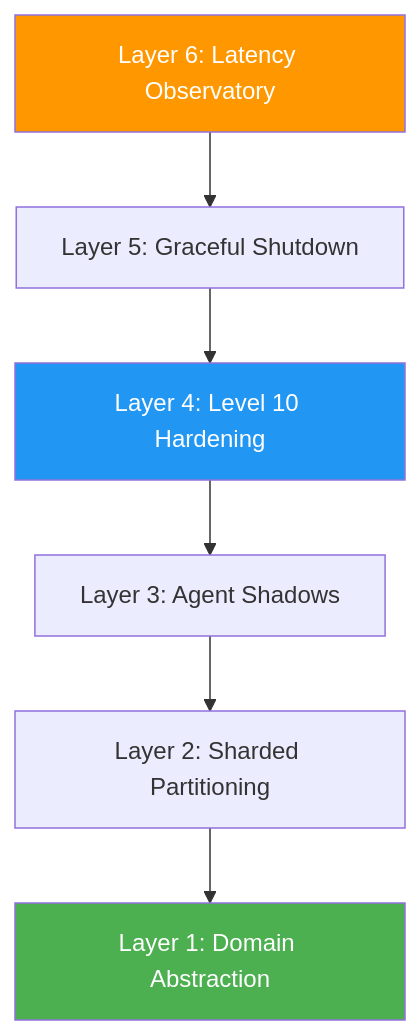
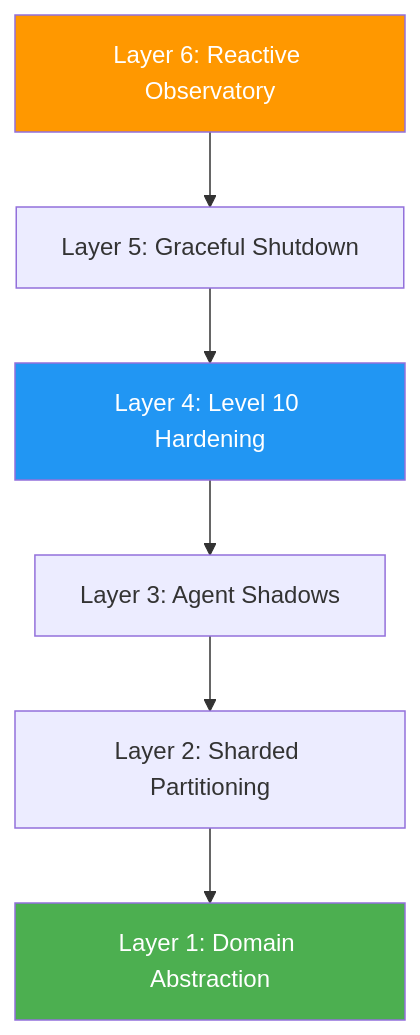
The diagram in BEST_PRACTICES.md (CardSorting/BroccoliQ), drawn with Mermaid before and after one commit. The commit also changed other lines of this file and 12 other files, not shown here.

````diff
--- a/BEST_PRACTICES.md
+++ b/BEST_PRACTICES.md
@@ -10,12 +11,12 @@
 ```mermaid
 graph TD
-  L6[Layer 6: Latency Observatory] --> L5[Layer 5: Graceful Shutdown]
+  L6[Layer 6: Reactive Observatory] --> L5[Layer 5: Graceful Shutdown]
   L5 --> L4[Layer 4: Level 10 Hardening]
   L4 --> L3[Layer 3: Agent Shadows]
   L3 --> L2[Layer 2: Sharded Partitioning]
   L2 --> L1[Layer 1: Domain Abstraction]
   
   style L1 fill:#4caf50,color:#fff
   style L4 fill:#2196f3,color:#fff
   style L6 fill:#ff9800,color:#fff
 ```
````
